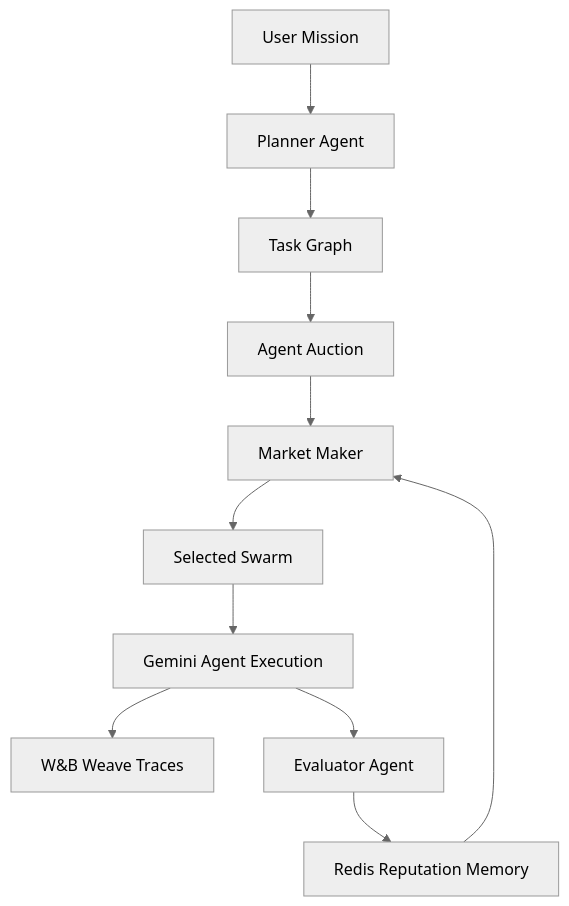
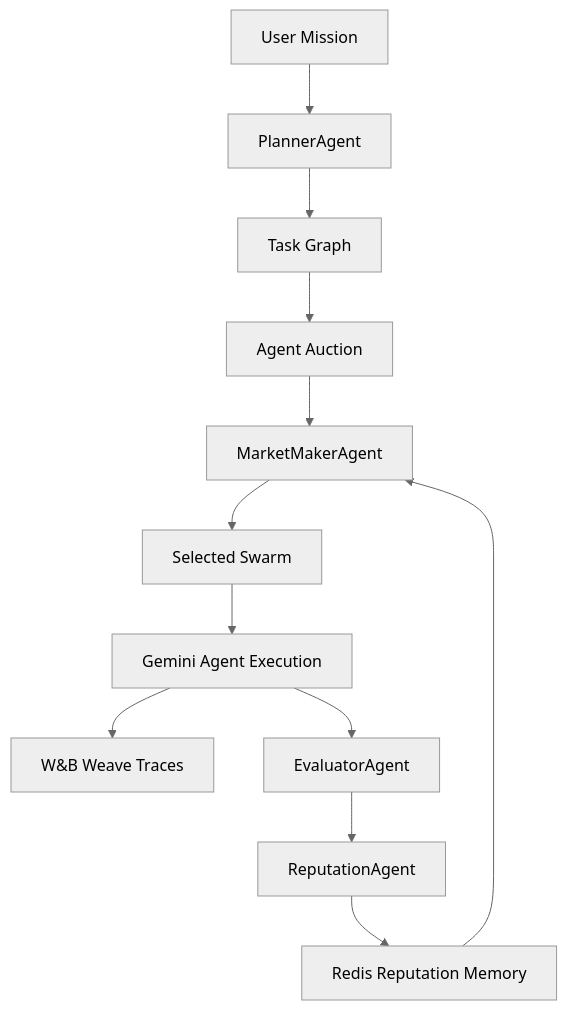
Before and after one commit to VolodymyrLinuxovich/swarmdaq: the first of 2 diagrams in README.md, drawn with Mermaid (neutral theme). The commit also changed other lines of this file, not shown here.

````diff
--- a/README.md
+++ b/README.md
@@ -50,13 +64,19 @@
 ```mermaid
 flowchart TD
-  A[User Mission] --> B[Planner Agent]
-  B --> C[Task Graph]
-  C --> D[Agent Auction]
-  D --> E[Market Maker]
-  E --> F[Selected Swarm]
-  F --> G[Gemini Agent Execution]
-  G --> H[W&B Weave Traces]
-  G --> I[Evaluator Agent]
-  I --> J[Redis Reputation Memory]
-  J --> E
+    USER[User Mission] --> PLANNER[PlannerAgent]
+    PLANNER --> TASKS[Task Graph]
+
+    TASKS --> AUCTION[Agent Auction]
+    AUCTION --> MARKET[MarketMakerAgent]
+
+    MARKET --> SWARM[Selected Swarm]
+    SWARM --> EXEC[Gemini Agent Execution]
+
+    EXEC --> WEAVE[W&B Weave Traces]
+    EXEC --> EVAL[EvaluatorAgent]
+
+    EVAL --> REP[ReputationAgent]
+    REP --> MEMORY[Redis Reputation Memory]
+
+    MEMORY --> MARKET
 ```
````
